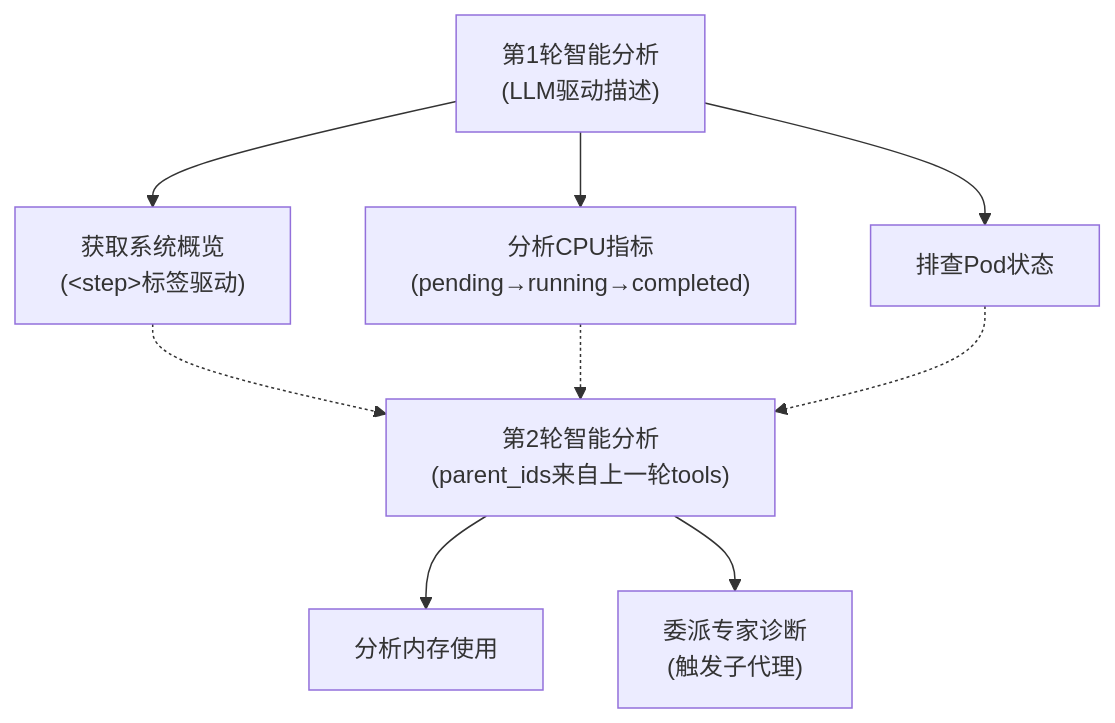
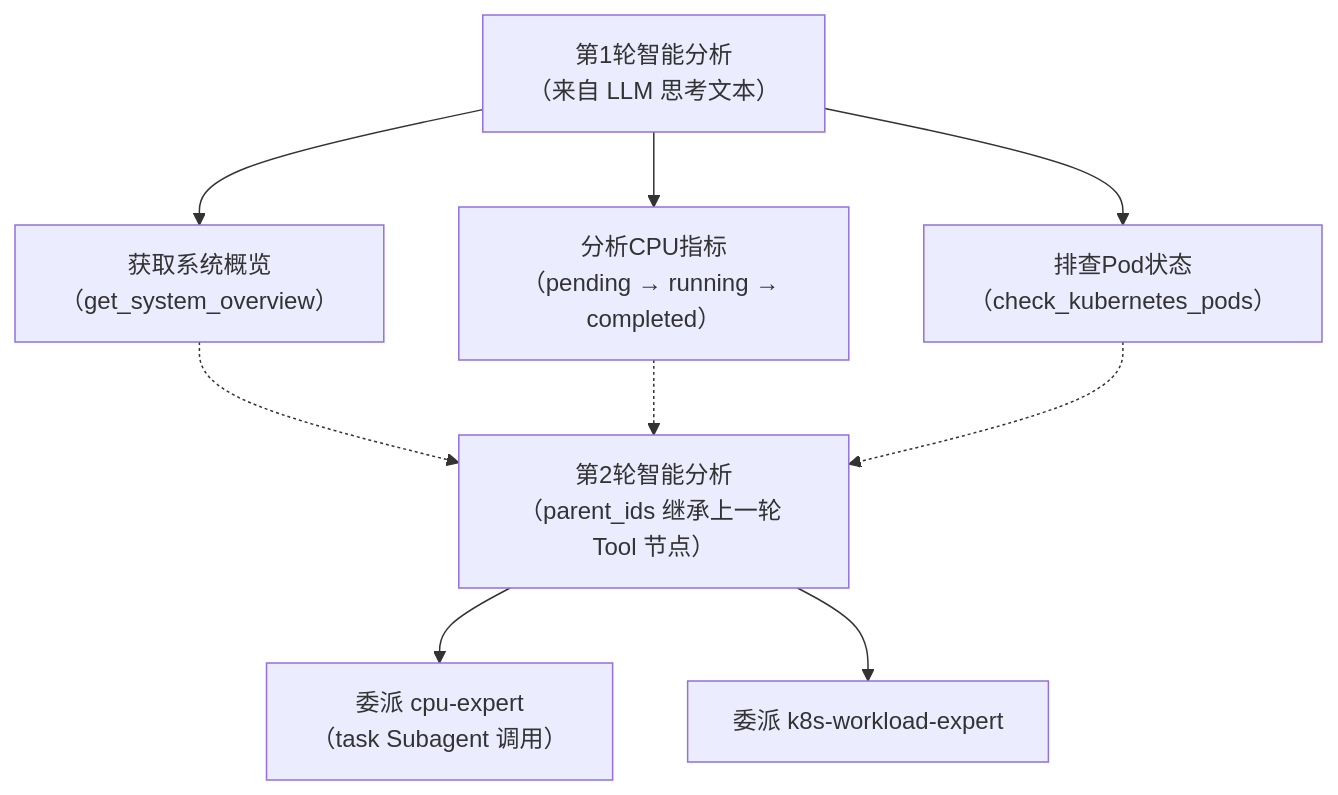
The second of 5 diagrams in README.md (kangxiaoning/diagnostics), drawn with Mermaid before and after one commit. The commit also changed other lines of this file, not shown here.

Commit message:
docs: 更新README，技术术语保持英文，Mermaid图增加文字说明

````diff
--- a/README.md
+++ b/README.md
@@ -108,15 +109,15 @@
 ```mermaid
 graph TD
-    P1["第1轮智能分析<br/>(LLM驱动描述)"]
-    P1 --> T1["获取系统概览<br/>(&lt;step&gt;标签驱动)"]
-    P1 --> T2["分析CPU指标<br/>(pending→running→completed)"]
-    P1 --> T3["排查Pod状态"]
+    P1["第1轮智能分析<br/>（来自 LLM 思考文本）"]
+    P1 --> T1["获取系统概览<br/>（get_system_overview）"]
+    P1 --> T2["分析CPU指标<br/>（pending → running → completed）"]
+    P1 --> T3["排查Pod状态<br/>（check_kubernetes_pods）"]
 
-    P2["第2轮智能分析<br/>(parent_ids来自上一轮tools)"]
-    P2 --> T4["分析内存使用"]
-    P2 --> T5["委派专家诊断<br/>(触发子代理)"]
+    P2["第2轮智能分析<br/>（parent_ids 继承上一轮 Tool 节点）"]
+    P2 --> T4["委派 cpu-expert<br/>（task Subagent 调用）"]
+    P2 --> T5["委派 k8s-workload-expert"]
 
     T1 -.-> P2
     T2 -.-> P2
     T3 -.-> P2
 ```
````
